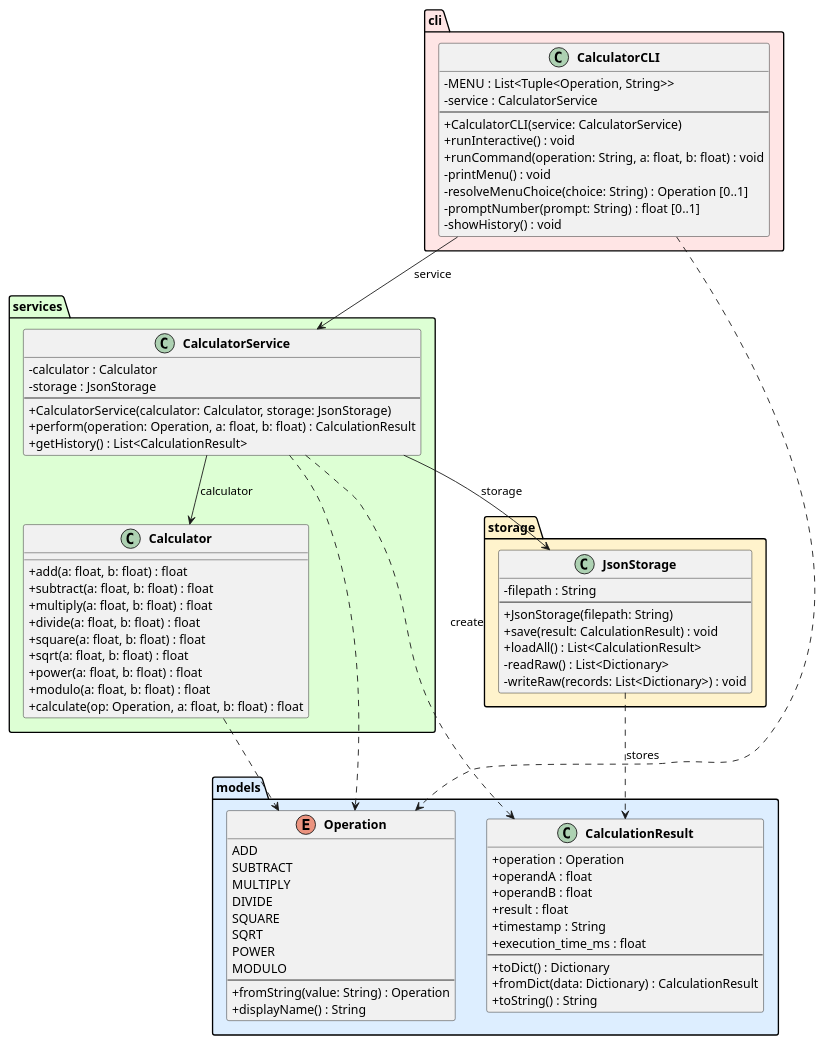
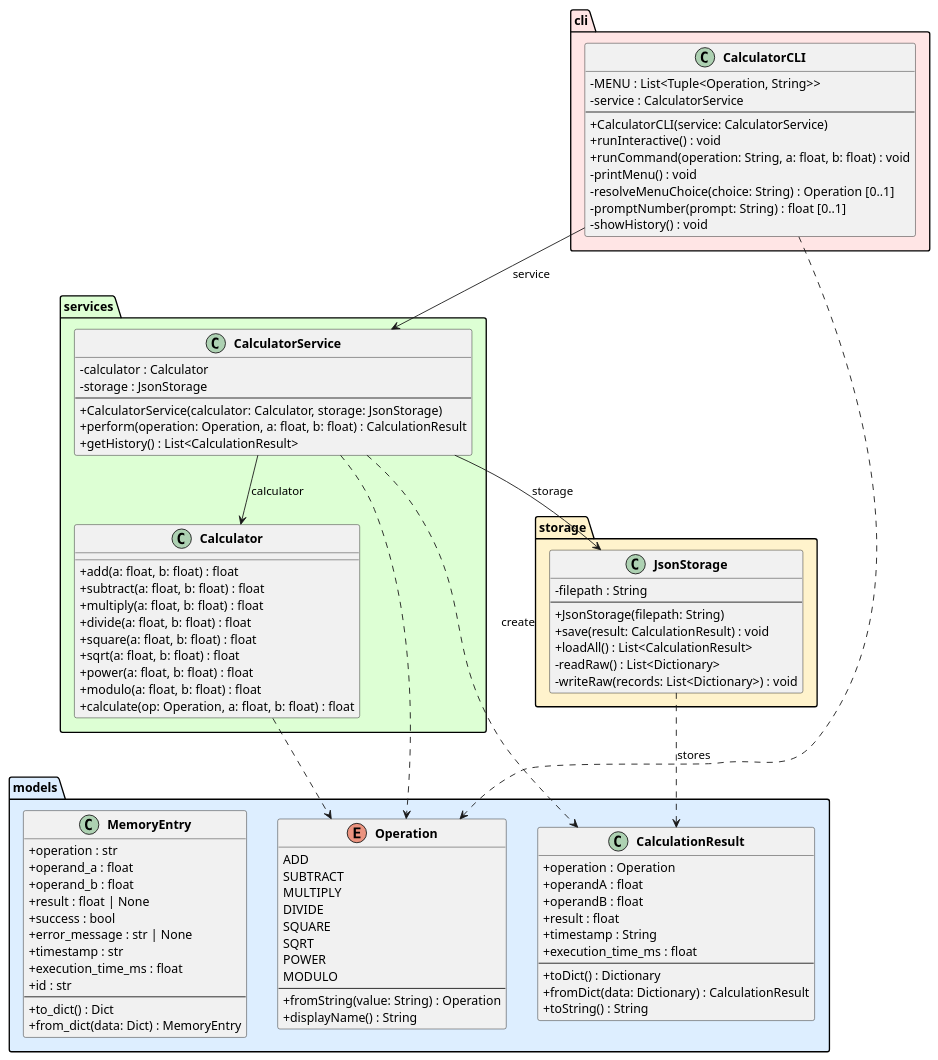
Before and after one commit to DanielRiha8906/Software_autoevolution_using_agents: the diagram in experiments/supervisor_as_tools/structured_text/calculator/artifacts/class_diagram.puml, drawn with PlantUML. The commit also changed 3 other files, not shown here.

First line of the commit message:
task 03 | introduce MemoryEntry domain class

```diff
--- a/experiments/supervisor_as_tools/structured_text/calculator/artifacts/class_diagram.puml
+++ b/experiments/supervisor_as_tools/structured_text/calculator/artifacts/class_diagram.puml
@@ -1,95 +1,110 @@
 @startuml class_diagram
 
 skinparam classAttributeIconSize 0
 skinparam classFontStyle bold
 
 package "models" #DDEEFF {
     enum Operation {
         ADD
         SUBTRACT
         MULTIPLY
         DIVIDE
         SQUARE
         SQRT
         POWER
         MODULO
         --
         +fromString(value: String) : Operation
         +displayName() : String
     }
 
     class CalculationResult {
         +operation : Operation
         +operandA : float
         +operandB : float
         +result : float
         +timestamp : String
         +execution_time_ms : float
         --
         +toDict() : Dictionary
         +fromDict(data: Dictionary) : CalculationResult
         +toString() : String
+    }
+
+    class MemoryEntry {
+        +operation : str
+        +operand_a : float
+        +operand_b : float
+        +result : float | None
+        +success : bool
+        +error_message : str | None
+        +timestamp : str
+        +execution_time_ms : float
+        +id : str
+        --
+        +to_dict() : Dict
+        +from_dict(data: Dict) : MemoryEntry
     }
 }
 
 package "services" #DDFFD4 {
     class Calculator {
         +add(a: float, b: float) : float
         +subtract(a: float, b: float) : float
         +multiply(a: float, b: float) : float
         +divide(a: float, b: float) : float
         +square(a: float, b: float) : float
         +sqrt(a: float, b: float) : float
         +power(a: float, b: float) : float
         +modulo(a: float, b: float) : float
         +calculate(op: Operation, a: float, b: float) : float
     }
 
     class CalculatorService {
         -calculator : Calculator
         -storage : JsonStorage
         --
         +CalculatorService(calculator: Calculator, storage: JsonStorage)
         +perform(operation: Operation, a: float, b: float) : CalculationResult
         +getHistory() : List<CalculationResult>
     }
 }
 
 package "storage" #FFF3CC {
     class JsonStorage {
         -filepath : String
         --
         +JsonStorage(filepath: String)
         +save(result: CalculationResult) : void
         +loadAll() : List<CalculationResult>
         -readRaw() : List<Dictionary>
         -writeRaw(records: List<Dictionary>) : void
     }
 }
 
 package "cli" #FFE5E5 {
     class CalculatorCLI {
         -MENU : List<Tuple<Operation, String>>
         -service : CalculatorService
         --
         +CalculatorCLI(service: CalculatorService)
         +runInteractive() : void
         +runCommand(operation: String, a: float, b: float) : void
         -printMenu() : void
         -resolveMenuChoice(choice: String) : Operation [0..1]
         -promptNumber(prompt: String) : float [0..1]
         -showHistory() : void
     }
 }
 
 CalculatorCLI --> CalculatorService : service
 CalculatorService --> Calculator : calculator
 CalculatorService --> JsonStorage : storage
 
 CalculatorService ..> CalculationResult : create
 CalculatorService ..> Operation
 CalculatorCLI ..> Operation
 Calculator ..> Operation
 JsonStorage ..> CalculationResult : stores
 
 @enduml
```
